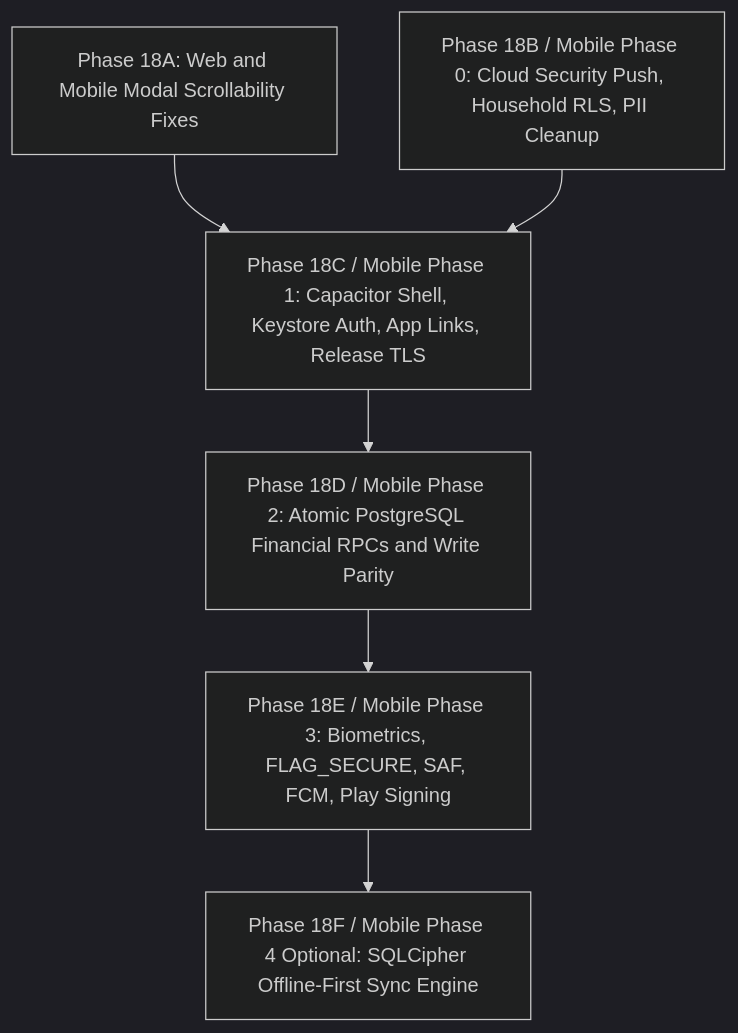
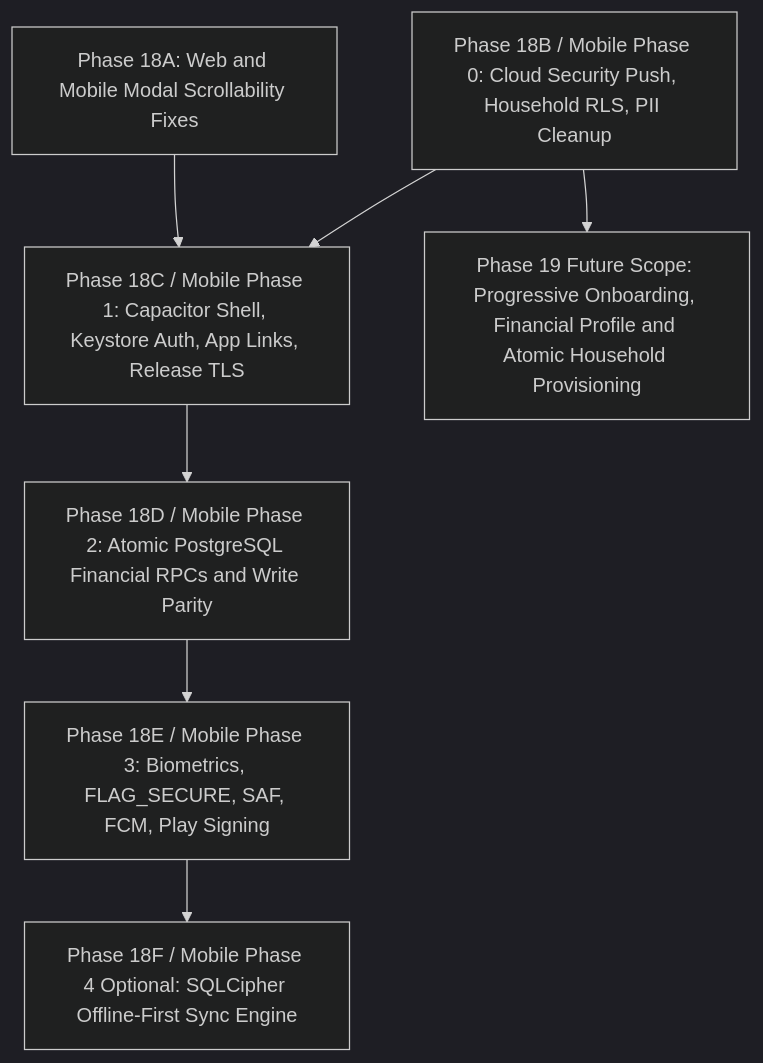
The diagram in docs/next-phase-development-plan.md (ketan14/wealthNest), drawn with Mermaid (dark theme) before and after one commit. The commit also changed other lines of this file and 1 other file, not shown here.

Commit message:
docs: add Phase 19 progressive onboarding and financial profile roadmap

````diff
--- a/docs/next-phase-development-plan.md
+++ b/docs/next-phase-development-plan.md
@@ -30,15 +32,17 @@
 ```mermaid
 flowchart TD
     P18A["Phase 18A: Web and Mobile Modal Scrollability Fixes"]
     P18B["Phase 18B / Mobile Phase 0: Cloud Security Push, Household RLS, PII Cleanup"]
     P18C["Phase 18C / Mobile Phase 1: Capacitor Shell, Keystore Auth, App Links, Release TLS"]
     P18D["Phase 18D / Mobile Phase 2: Atomic PostgreSQL Financial RPCs and Write Parity"]
     P18E["Phase 18E / Mobile Phase 3: Biometrics, FLAG_SECURE, SAF, FCM, Play Signing"]
     P18F["Phase 18F / Mobile Phase 4 Optional: SQLCipher Offline-First Sync Engine"]
+    P19["Phase 19 Future Scope: Progressive Onboarding, Financial Profile and Atomic Household Provisioning"]
 
     P18A --> P18C
     P18B --> P18C
+    P18B --> P19
     P18C --> P18D
     P18D --> P18E
     P18E --> P18F
 ```
````
